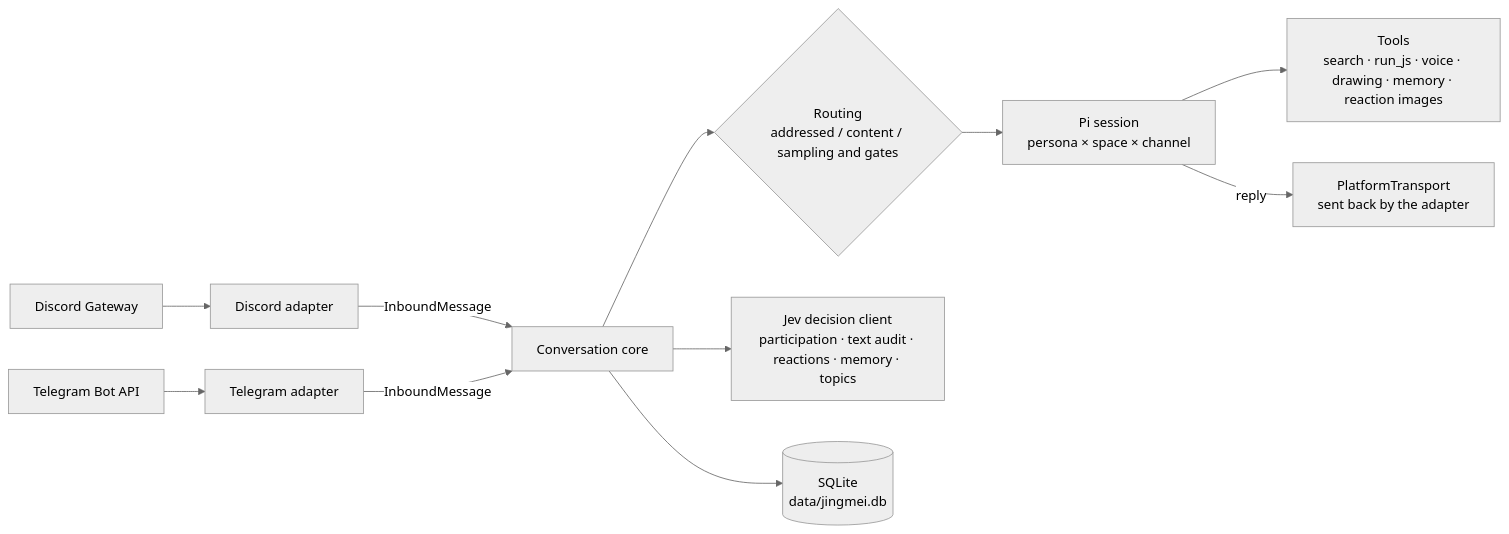
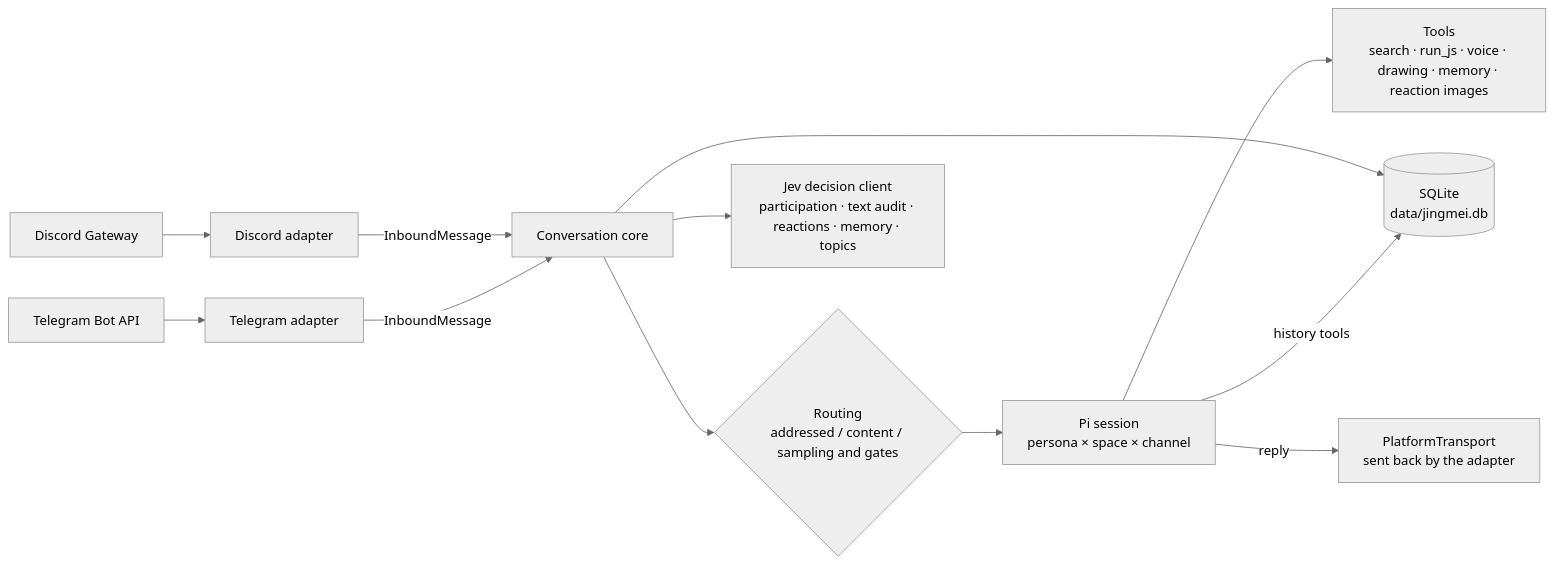
One commit to beiwater/jingmei changed the diagram in README.en.md. Above: the diagram before and after it, drawn with Mermaid (neutral theme). The commit also changed other lines of this file and 29 other files, not shown here.

First line of the commit message:
Replace full-history sessions with a recent window, message index and history tools

````diff
--- a/README.en.md
+++ b/README.en.md
@@ -51,13 +53,14 @@
 ```mermaid
 flowchart LR
   DG[Discord Gateway] --> DA[Discord adapter]
   TG[Telegram Bot API] --> TA[Telegram adapter]
   DA -- InboundMessage --> C[Conversation core]
   TA -- InboundMessage --> C
   C --> R{Routing<br/>addressed / content / sampling and gates}
   R --> S[Pi session<br/>persona × space × channel]
   S --> T[Tools<br/>search · run_js · voice · drawing · memory · reaction images]
   C --> J[Jev decision client<br/>participation · text audit · reactions · memory · topics]
   C --> DB[(SQLite<br/>data/jingmei.db)]
+  S -- history tools --> DB
   S -- reply --> PT[PlatformTransport<br/>sent back by the adapter]
 ```
````
